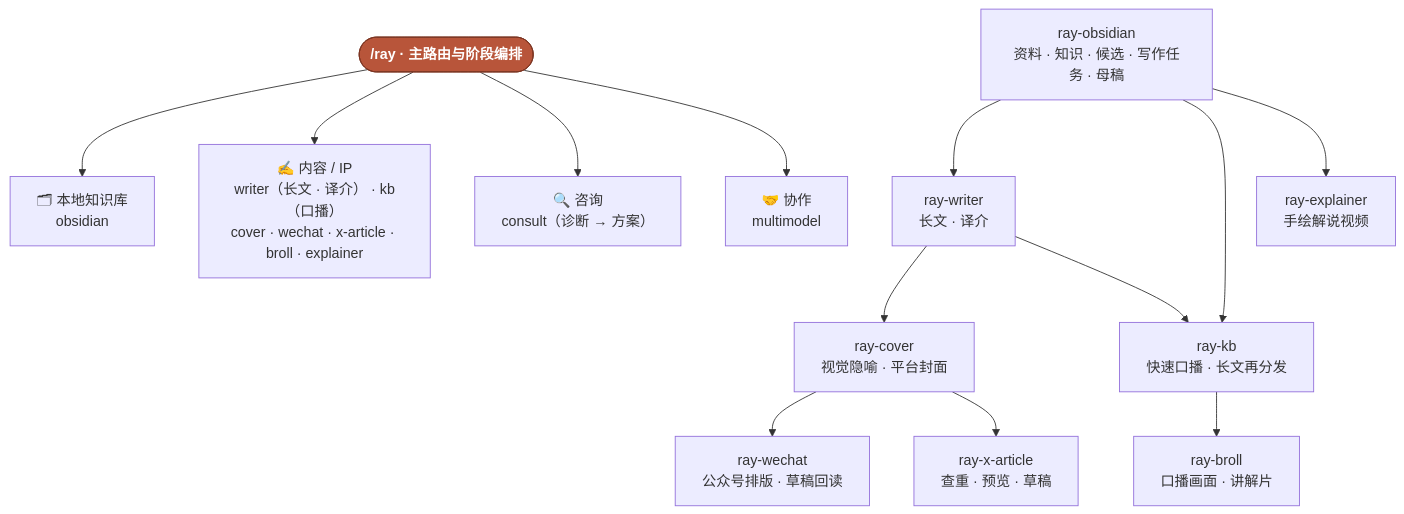
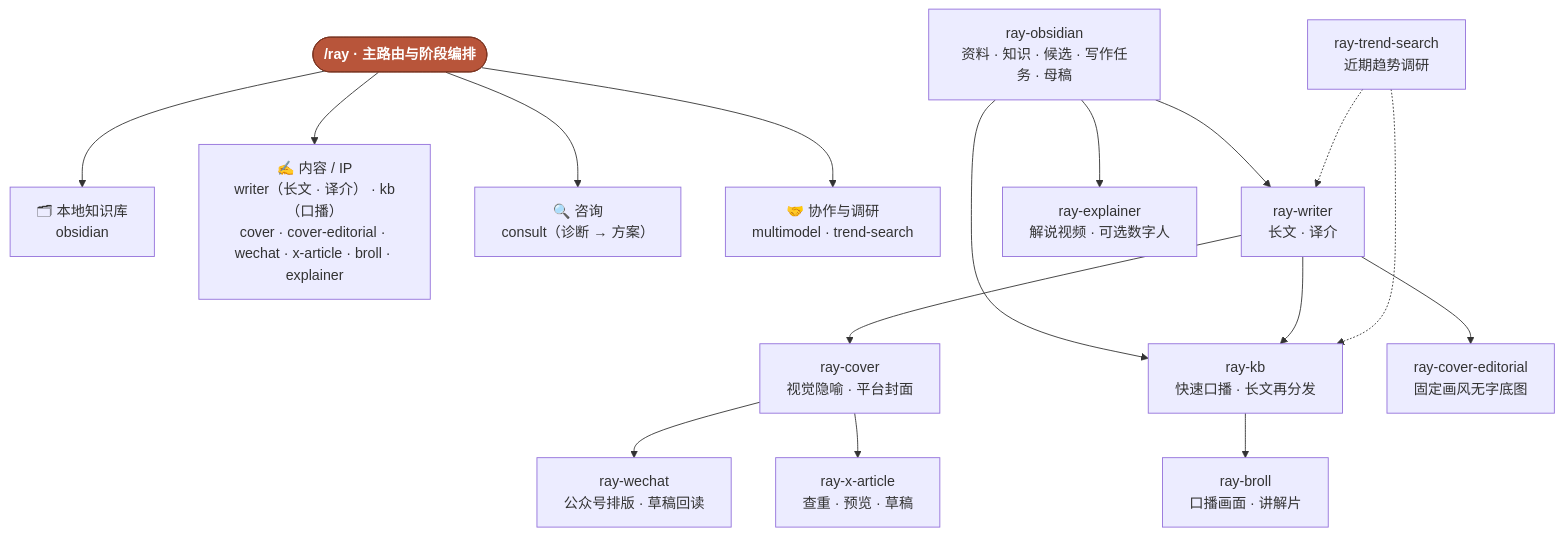
Before and after one commit to imraywang/rayskills: the diagram in README.md, drawn with Mermaid. The commit also changed other lines of this file and 3 other files, not shown here.

First line of the commit message:
docs: README、关系图、新手入门补齐 13 个 skill，更新 ray-explainer 能力说明

````diff
--- a/README.md
+++ b/README.md
@@ -72,20 +74,23 @@
 ```mermaid
 flowchart TD
     RAY(["/ray · 主路由与阶段编排"]):::hub
 
     RAY --> KNOWLEDGE["🗂 本地知识库<br/>obsidian"]
-    RAY --> CONTENT["✍️ 内容 / IP<br/>writer（长文 · 译介） · kb（口播）<br/>cover · wechat · x-article · broll · explainer"]
+    RAY --> CONTENT["✍️ 内容 / IP<br/>writer（长文 · 译介） · kb（口播）<br/>cover · cover-editorial · wechat · x-article · broll · explainer"]
     RAY --> CONSULT["🔍 咨询<br/>consult（诊断 → 方案）"]
-    RAY --> COLLAB["🤝 协作<br/>multimodel"]
+    RAY --> COLLAB["🤝 协作与调研<br/>multimodel · trend-search"]
 
     OBSIDIAN["ray-obsidian<br/>资料 · 知识 · 候选 · 写作任务 · 母稿"] --> WRITER["ray-writer<br/>长文 · 译介"]
     WRITER --> COVER["ray-cover<br/>视觉隐喻 · 平台封面"]
     OBSIDIAN --> KB["ray-kb<br/>快速口播 · 长文再分发"]
     WRITER --> KB
     KB --> BROLL["ray-broll<br/>口播画面 · 讲解片"]
-    OBSIDIAN --> EXPLAINER["ray-explainer<br/>手绘解说视频"]
+    OBSIDIAN --> EXPLAINER["ray-explainer<br/>解说视频 · 可选数字人"]
+    WRITER --> COVERED["ray-cover-editorial<br/>固定画风无字底图"]
+    TREND["ray-trend-search<br/>近期趋势调研"] -.-> WRITER
+    TREND -.-> KB
     COVER --> WECHAT["ray-wechat<br/>公众号排版 · 草稿回读"]
     COVER --> XARTICLE["ray-x-article<br/>查重 · 预览 · 草稿"]
 
     classDef hub fill:#b8553a,stroke:#7a3320,color:#fff,font-weight:bold;
 ```
````
